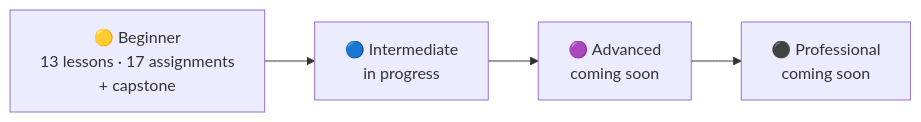
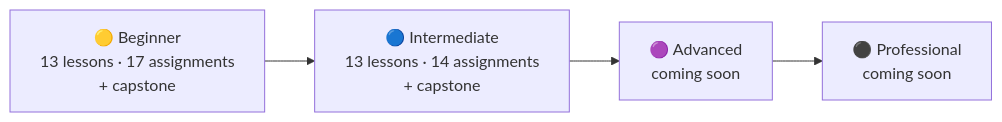
The first of 2 diagrams in README.md (ExNNeph/python-learning-path), drawn with Mermaid before and after one commit. The commit also changed other lines of this file, not shown here.

Commit message:
Mark the Intermediate level as available: roadmap, setup and progress checklist

````diff
--- a/README.md
+++ b/README.md
@@ -41,6 +41,6 @@
 ```mermaid
 flowchart LR
-    B["🟡 Beginner<br/>13 lessons · 17 assignments<br/>+ capstone"] --> I["🔵 Intermediate<br/>in progress"]
+    B["🟡 Beginner<br/>13 lessons · 17 assignments<br/>+ capstone"] --> I["🔵 Intermediate<br/>13 lessons · 14 assignments<br/>+ capstone"]
     I --> A["🟣 Advanced<br/>coming soon"]
     A --> P["⚫ Professional<br/>coming soon"]
 ```
````
